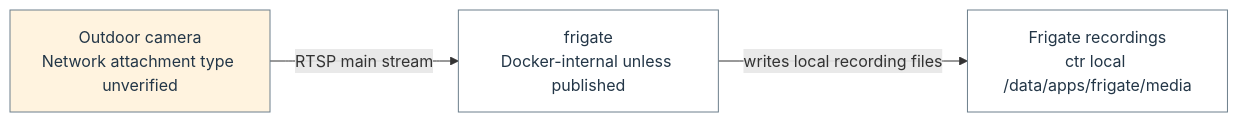
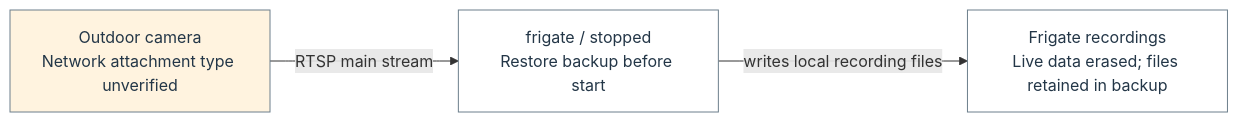
One commit to Harsh-2002/Homelab changed the diagram in docs/architecture/flow-11.mmd. Above: the diagram before and after it, drawn with Mermaid. The commit also changed 77 other files, not shown here.

```diff
--- a/docs/architecture/flow-11.mmd
+++ b/docs/architecture/flow-11.mmd
@@ -1,10 +1,10 @@
 flowchart LR
   n_flow_11_0["Outdoor camera<br/>Network attachment type unverified"]
-  n_flow_11_1["frigate<br/>Docker-internal unless published"]
-  n_flow_11_2["Frigate recordings<br/>ctr local /data/apps/frigate/media"]
+  n_flow_11_1["frigate / stopped<br/>Restore backup before start"]
+  n_flow_11_2["Frigate recordings<br/>Live data erased; files retained in backup"]
   n_flow_11_0 -->|"RTSP main stream"| n_flow_11_1
   n_flow_11_1 -->|"writes local recording files"| n_flow_11_2
   classDef c_flow_11_0 fill:#fff3df,stroke:#6c7f8c,color:#233647;
   class n_flow_11_0 c_flow_11_0;
   classDef c_flow_11_1 fill:#ffffff,stroke:#6c7f8c,color:#233647;
   class n_flow_11_1,n_flow_11_2 c_flow_11_1;
```
